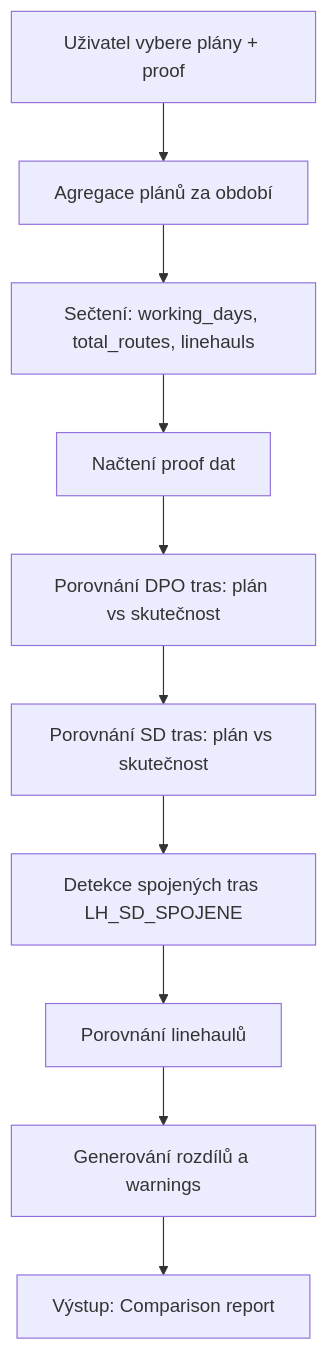
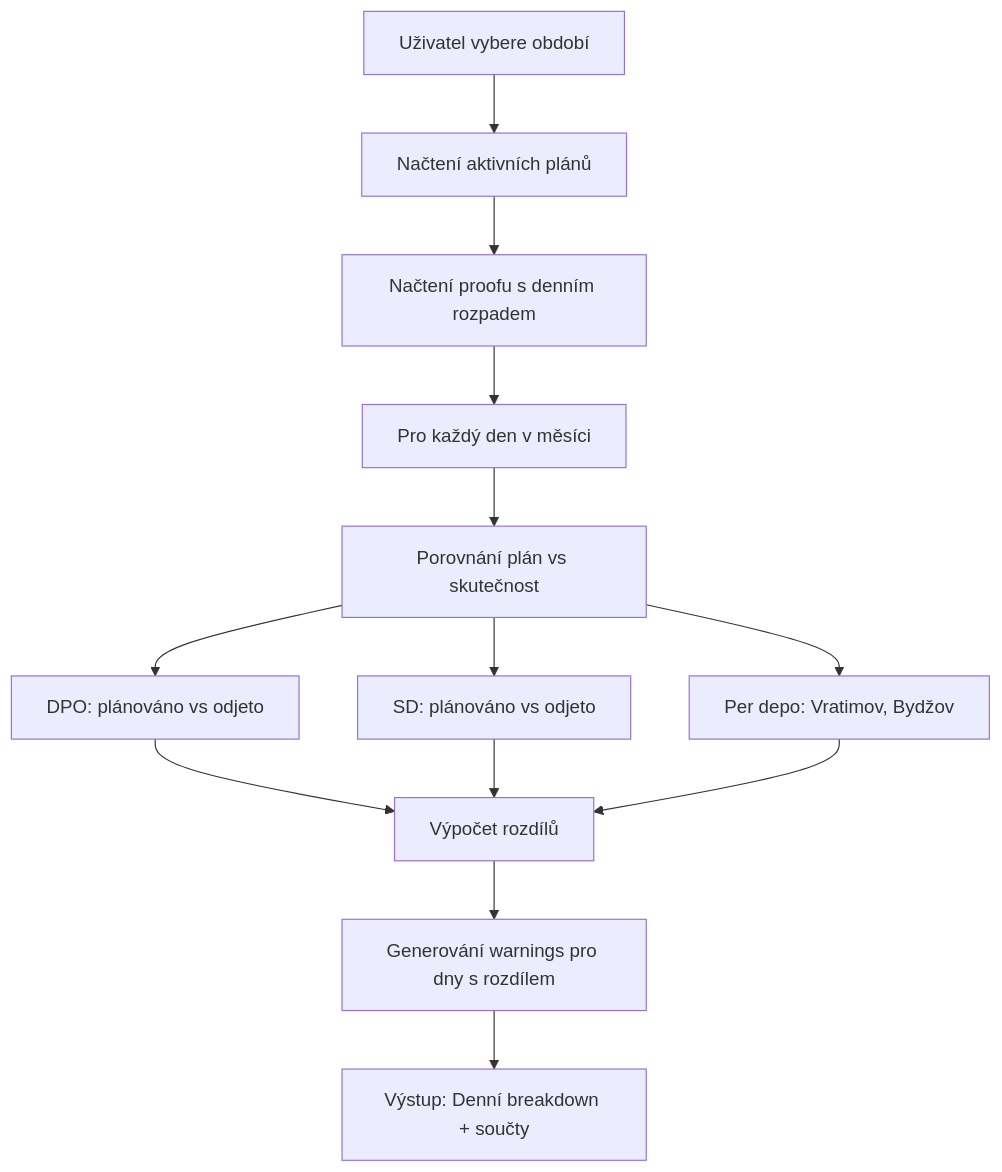
One commit to JakubKrejcir/alza-cost-control changed the fourth of 7 diagrams in docs/PROCESSES.md. Above: the diagram before and after it, drawn with Mermaid. The commit also changed other lines of this file and 13 other files, not shown here.

````diff
--- a/docs/PROCESSES.md
+++ b/docs/PROCESSES.md
@@ -134,12 +149,13 @@
 ```mermaid
 flowchart TD
-    A[Uživatel vybere plány + proof] --> B[Agregace plánů za období]
-    B --> C[Sečtení: working_days, total_routes, linehauls]
-    C --> D[Načtení proof dat]
-    D --> E[Porovnání DPO tras: plán vs skutečnost]
-    E --> F[Porovnání SD tras: plán vs skutečnost]
-    F --> G[Detekce spojených tras LH_SD_SPOJENE]
-    G --> H[Porovnání linehaulů]
-    H --> I[Generování rozdílů a warnings]
-    I --> J[Výstup: Comparison report]
+    A[Uživatel vybere období] --> B[Načtení aktivních plánů]
+    B --> C[Načtení proofu s denním rozpadem]
+    C --> D[Pro každý den v měsíci]
+    D --> E[Porovnání plán vs skutečnost]
+    E --> F[DPO: plánováno vs odjeto]
+    E --> G[SD: plánováno vs odjeto]
+    E --> H[Per depo: Vratimov, Bydžov]
+    F & G & H --> I[Výpočet rozdílů]
+    I --> J[Generování warnings pro dny s rozdílem]
+    J --> K[Výstup: Denní breakdown + součty]
 ```
````
